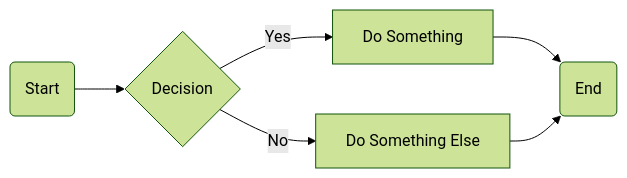
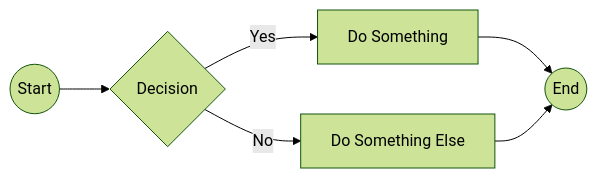
One commit to mjdvisualz/fysik-quiz-app changed the diagram in README.md. Above: the diagram before and after it, drawn with Mermaid (forest theme).

````diff
--- a/README.md
+++ b/README.md
@@ -16,8 +16,8 @@
 ```mermaid
 graph LR
-    A(Start) --> B{Decision}
+    A((Start)) --> B{Decision}
     B -->|Yes| C[Do Something]
     B -->|No| D[Do Something Else]
-    C --> E(End)
+    C --> E((End))
     D --> E
 ```
````
